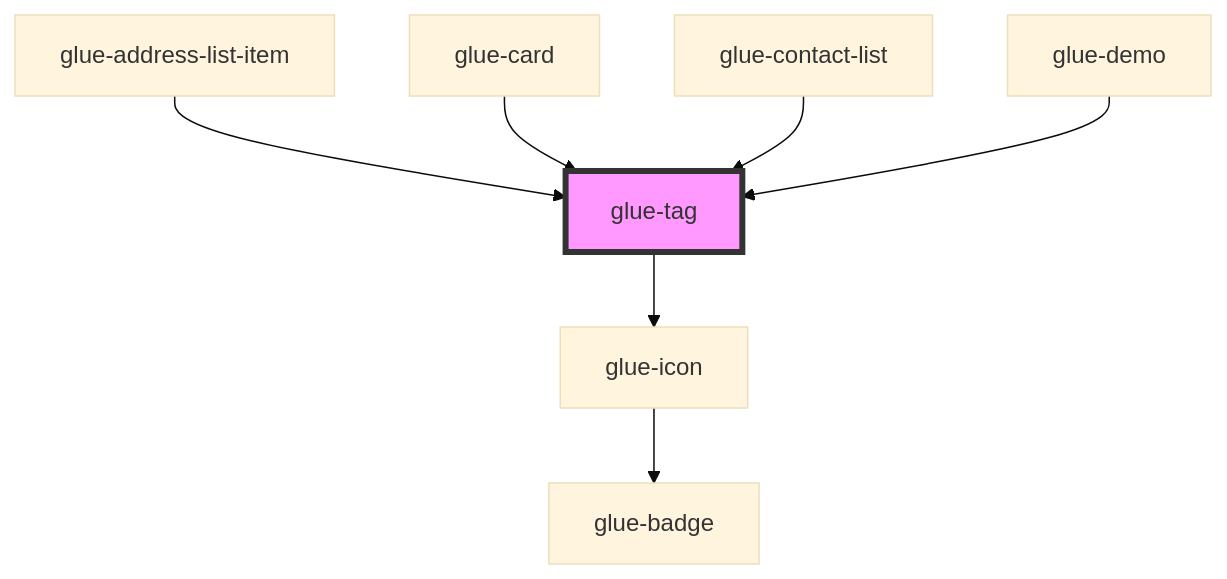
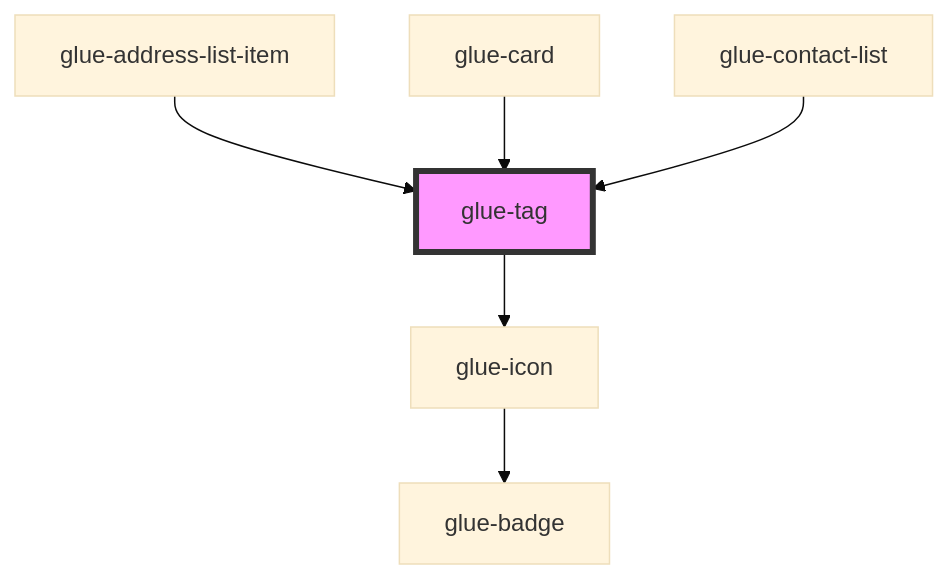
The diagram in packages/glue-components/src/components/glue-tag/readme.md (grasilife/glue), drawn with Mermaid (base theme) before and after one commit. The commit also changed other lines of this file and 10 other files, not shown here.

````diff
--- a/packages/glue-components/src/components/glue-tag/readme.md
+++ b/packages/glue-components/src/components/glue-tag/readme.md
@@ -44,10 +43,9 @@
 ```mermaid
 graph TD;
   glue-tag --> glue-icon
   glue-icon --> glue-badge
   glue-address-list-item --> glue-tag
   glue-card --> glue-tag
   glue-contact-list --> glue-tag
-  glue-demo --> glue-tag
   style glue-tag fill:#f9f,stroke:#333,stroke-width:4px
 ```
````
